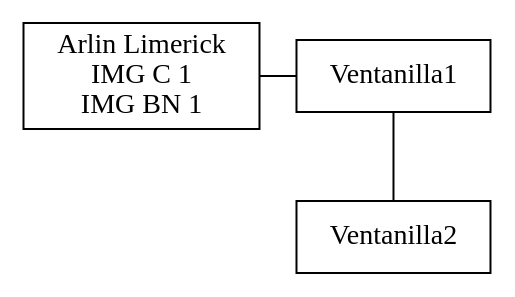
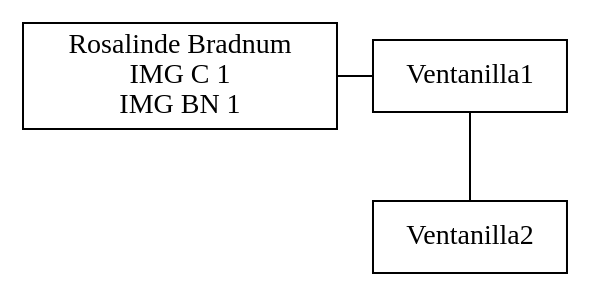
The diagram in Fase1/listaVentanillas.dot (d-acetun/simulacion-sistema-impresion-de-imagenes), drawn with Graphviz before and after one commit. The commit also changed 10 other files, not shown here.

```diff
--- a/Fase1/listaVentanillas.dot
+++ b/Fase1/listaVentanillas.dot
@@ -1,11 +1,11 @@
 digraph listaVentanillas {
 node[shape=box]
 edge[arrowhead=none]
 0 [label=Ventanilla1]
-1 [label="Arlin Limerick\nIMG C 1\nIMG BN 1"]
+1 [label="Rosalinde Bradnum\nIMG C 1\nIMG BN 1"]
 2 [label=Ventanilla2]
 1->0
 0->2
 {rank=same; 1; 0}
 rankdir=TB
 }
```
